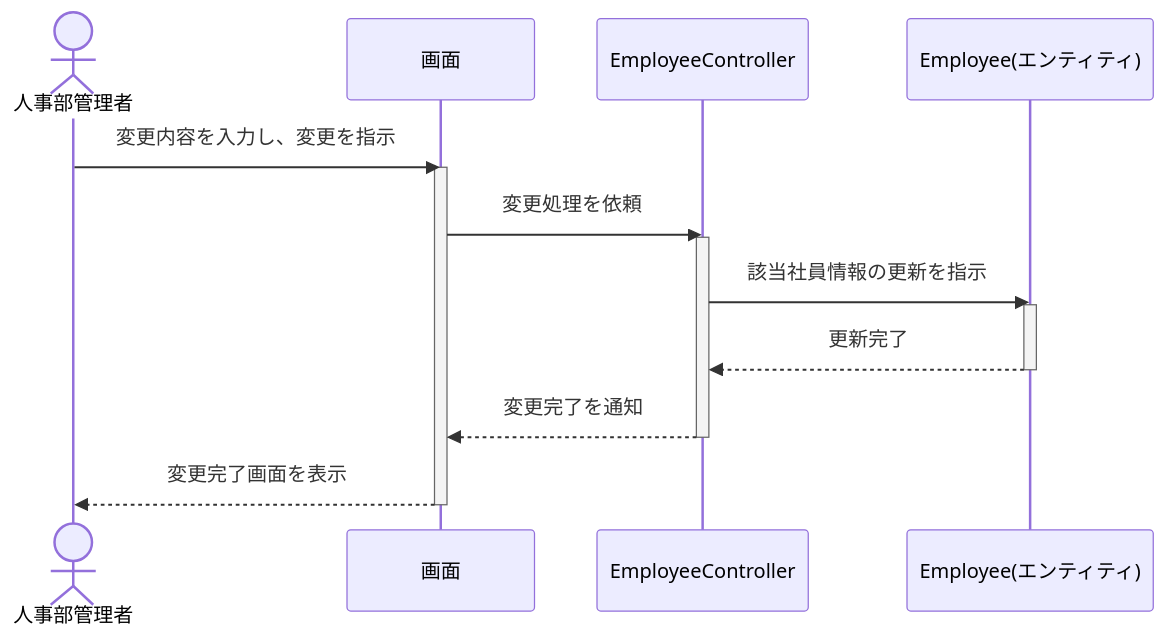
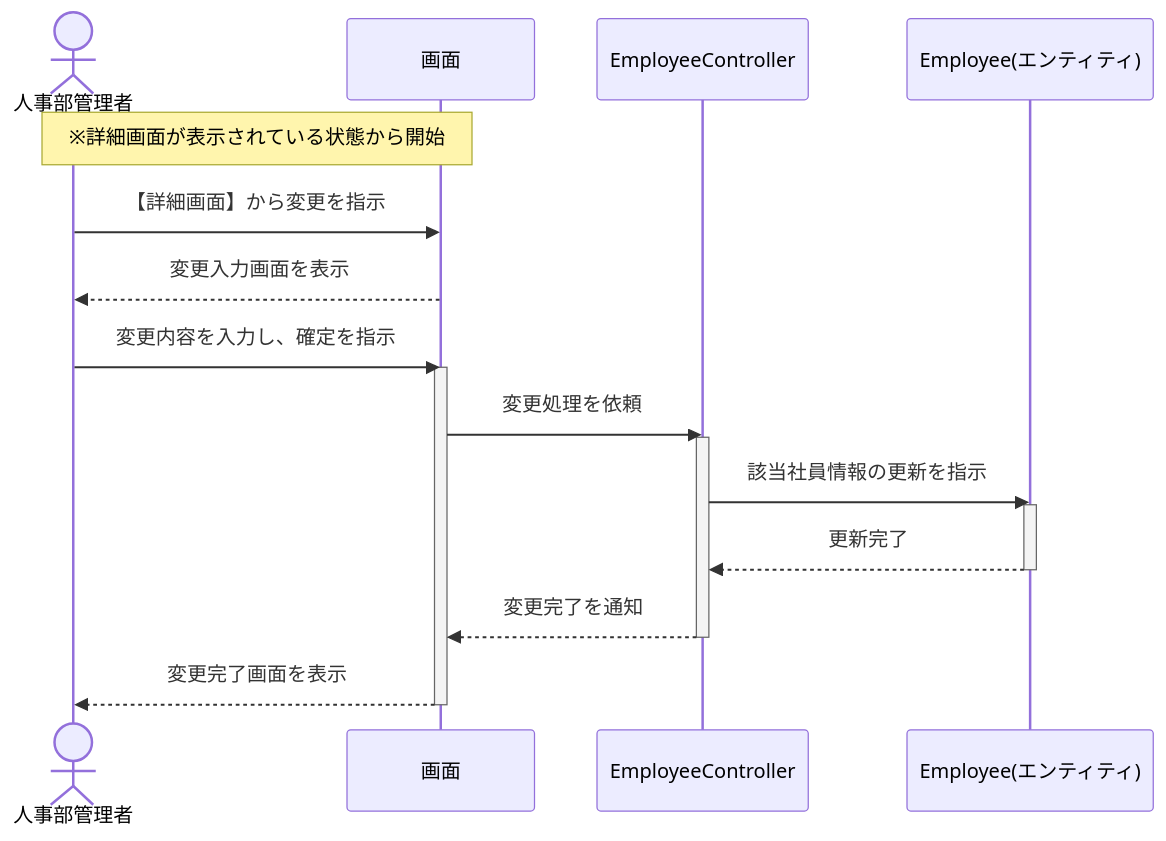
The tenth of 13 diagrams in EIMS_Comprehensive_Exercise_Guide.md (juyeongjung1/NewEIMS), drawn with Mermaid before and after one commit. The commit also changed other lines of this file, not shown here.

Commit message:
分析レベルのシーケンス図（UC003, UC004）に、詳細画面から処理が開始される旨を明記

````diff
--- a/EIMS_Comprehensive_Exercise_Guide.md
+++ b/EIMS_Comprehensive_Exercise_Guide.md
@@ -789,23 +789,26 @@
 ```mermaid
 sequenceDiagram
     actor Admin as 人事部管理者
     participant UI as 画面
     participant Ctrl as EmployeeController
     participant Emp as Employee(エンティティ)
 
-    Admin ->> UI: 変更内容を入力し、変更を指示
+    note over Admin, UI: ※詳細画面が表示されている状態から開始
+    Admin ->> UI: 【詳細画面】から変更を指示
+    UI -->> Admin: 変更入力画面を表示
+    Admin ->> UI: 変更内容を入力し、確定を指示
     activate UI
     UI ->> Ctrl: 変更処理を依頼
     activate Ctrl
     
     Ctrl ->> Emp: 該当社員情報の更新を指示
     activate Emp
     Emp -->> Ctrl: 更新完了
     deactivate Emp
     
     Ctrl -->> UI: 変更完了を通知
     deactivate Ctrl
     
     UI -->> Admin: 変更完了画面を表示
     deactivate UI
 ```
````
